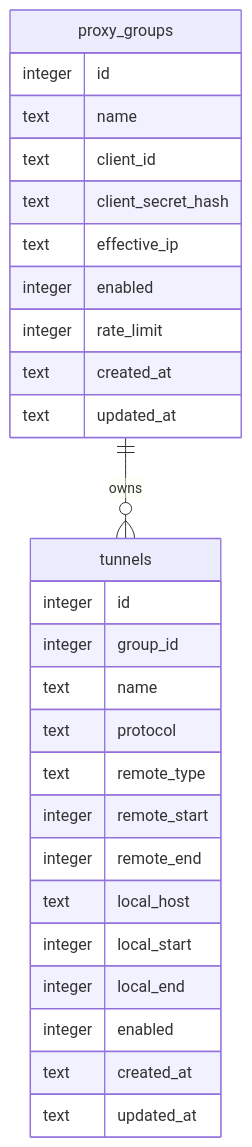
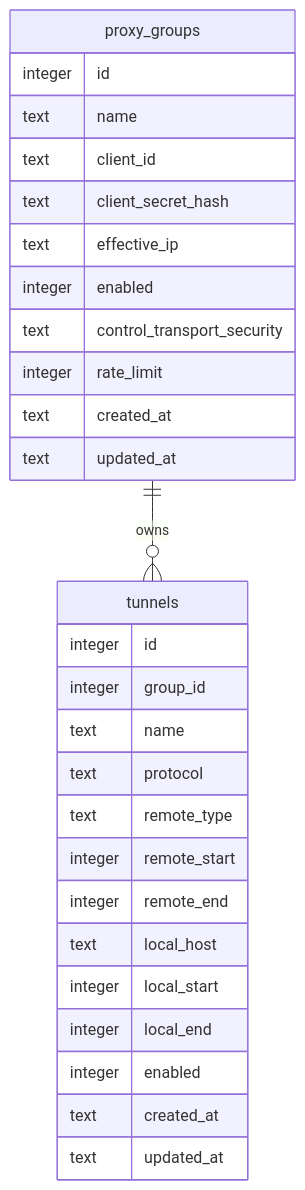
One commit to Zightch/frp changed the sixth of 6 diagrams in docs/frps-frpc-current-architecture.md. Above: the diagram before and after it, drawn with Mermaid. The commit also changed other lines of this file and 8 other files, not shown here.

````diff
--- a/docs/frps-frpc-current-architecture.md
+++ b/docs/frps-frpc-current-architecture.md
@@ -221,32 +221,33 @@
 ```mermaid
 erDiagram
     proxy_groups ||--o{ tunnels : owns
 
     proxy_groups {
         integer id
         text name
         text client_id
         text client_secret_hash
         text effective_ip
         integer enabled
+        text control_transport_security
         integer rate_limit
         text created_at
         text updated_at
     }
 
     tunnels {
         integer id
         integer group_id
         text name
         text protocol
         text remote_type
         integer remote_start
         integer remote_end
         text local_host
         integer local_start
         integer local_end
         integer enabled
         text created_at
         text updated_at
     }
 ```
````
